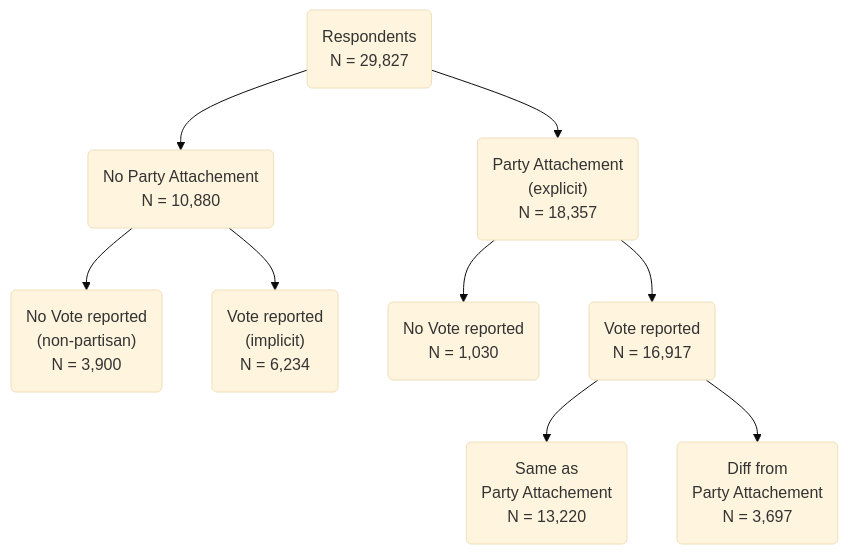
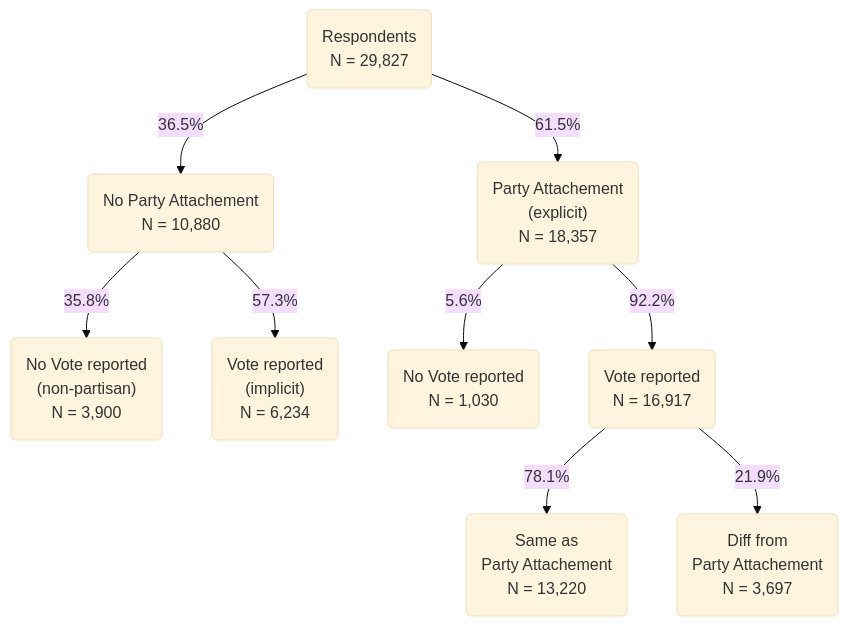
The diagram in code/03_explanal/3.1_descr_anal.qmd (LS-Konig/CSAP), drawn with Mermaid (base theme) before and after one commit. The commit also changed other lines of this file and 4 other files, not shown here.

````diff
--- a/code/03_explanal/3.1_descr_anal.qmd
+++ b/code/03_explanal/3.1_descr_anal.qmd
@@ -372,14 +374,16 @@
 ```{mermaid}
 flowchart TD
-    A(Respondents <br> N = 29,827) --> B("No Party Attachement <br> N = 10,880") 
-    A(Respondents <br> N = 29,827) --> C("Party Attachement <br> (explicit) <br> N = 18,357")
+    A("Respondents <br> N = 29,827") 
+        -->|36.5%| B("No Party Attachement <br> N = 10,880") 
+    A 
+        -->|61.5%| C("Party Attachement <br> (explicit) <br> N = 18,357")
 
-    B --> D("No Vote reported <br> (non-partisan) <br> N = 3,900")
-    B --> E("Vote reported <br> (implicit) <br> N = 6,234")
+    B -->|35.8%| D("No Vote reported <br> (non-partisan) <br> N = 3,900")
+    B -->|57.3%| E("Vote reported <br> (implicit) <br> N = 6,234")
 
-    C --> F(No Vote reported <br> N = 1,030)
-    C --> G(Vote reported <br> N = 16,917)
+    C -->|5.6%| F("No Vote reported <br> N = 1,030")
+    C -->|92.2%| G("Vote reported <br> N = 16,917")
 
-    G --> H(Same as <br> Party Attachement <br> N = 13,220)
-    G --> I(Diff from <br> Party Attachement <br> N = 3,697)
+    G -->|78.1%| H("Same as <br> Party Attachement <br> N = 13,220")
+    G -->|21.9%| I("Diff from <br> Party Attachement <br> N = 3,697")
 ```
````
